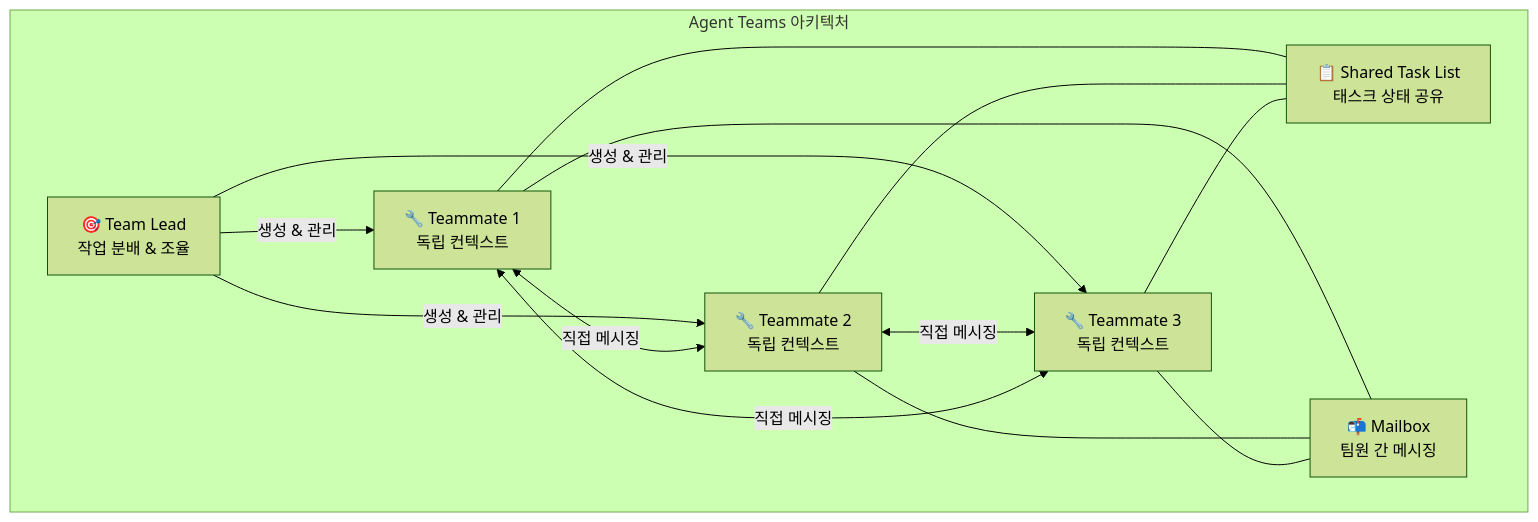
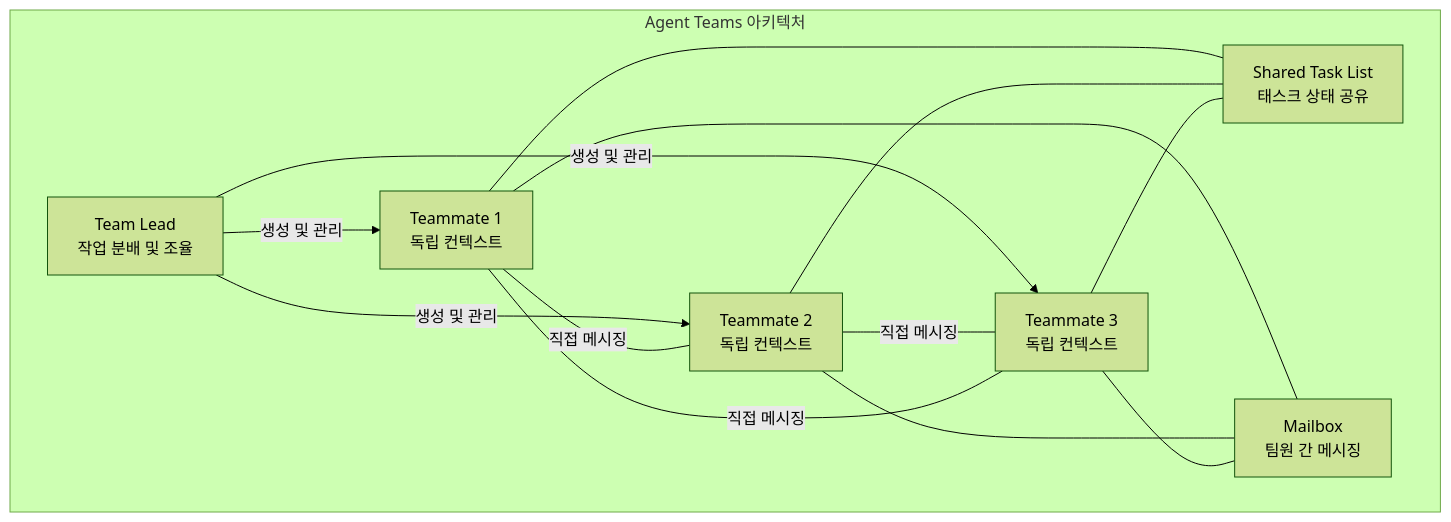
Before and after one commit to ice-ice-bear/ice-ice-bear.github.io: the first of 3 diagrams in content/posts/2026-03-03-claude-code-agent-teams.md, drawn with Mermaid (forest theme). The commit also changed other lines of this file and 1 other file, not shown here.

Commit message:
Fix mermaid rendering: remove emojis and bidirectional arrows
- Replace <--> with --- (undirected) to avoid HTML parsing conflicts
- Remove emoji characters from mermaid node labels
- Remove special characters (...) from parentheses in labels
- Ensures mermaid diagrams render correctly in Hugo Stack theme

````diff
--- a/content/posts/2026-03-03-claude-code-agent-teams.md
+++ b/content/posts/2026-03-03-claude-code-agent-teams.md
@@ -15,24 +15,24 @@
 ```mermaid
 graph TD
     subgraph "Agent Teams 아키텍처"
-        Lead["🎯 Team Lead<br/>작업 분배 & 조율"]
-        TL["📋 Shared Task List<br/>태스크 상태 공유"]
-        MB["📬 Mailbox<br/>팀원 간 메시징"]
-        T1["🔧 Teammate 1<br/>독립 컨텍스트"]
-        T2["🔧 Teammate 2<br/>독립 컨텍스트"]
-        T3["🔧 Teammate 3<br/>독립 컨텍스트"]
+        Lead["Team Lead<br/>작업 분배 및 조율"]
+        TL["Shared Task List<br/>태스크 상태 공유"]
+        MB["Mailbox<br/>팀원 간 메시징"]
+        T1["Teammate 1<br/>독립 컨텍스트"]
+        T2["Teammate 2<br/>독립 컨텍스트"]
+        T3["Teammate 3<br/>독립 컨텍스트"]
     end
 
-    Lead -->|생성 & 관리| T1
-    Lead -->|생성 & 관리| T2
-    Lead -->|생성 & 관리| T3
-    T1 <-->|직접 메시징| T2
-    T2 <-->|직접 메시징| T3
-    T1 <-->|직접 메시징| T3
+    Lead -->|생성 및 관리| T1
+    Lead -->|생성 및 관리| T2
+    Lead -->|생성 및 관리| T3
+    T1 ---|직접 메시징| T2
+    T2 ---|직접 메시징| T3
+    T1 ---|직접 메시징| T3
     T1 --- TL
     T2 --- TL
     T3 --- TL
     T1 --- MB
     T2 --- MB
     T3 --- MB
 ```
````
